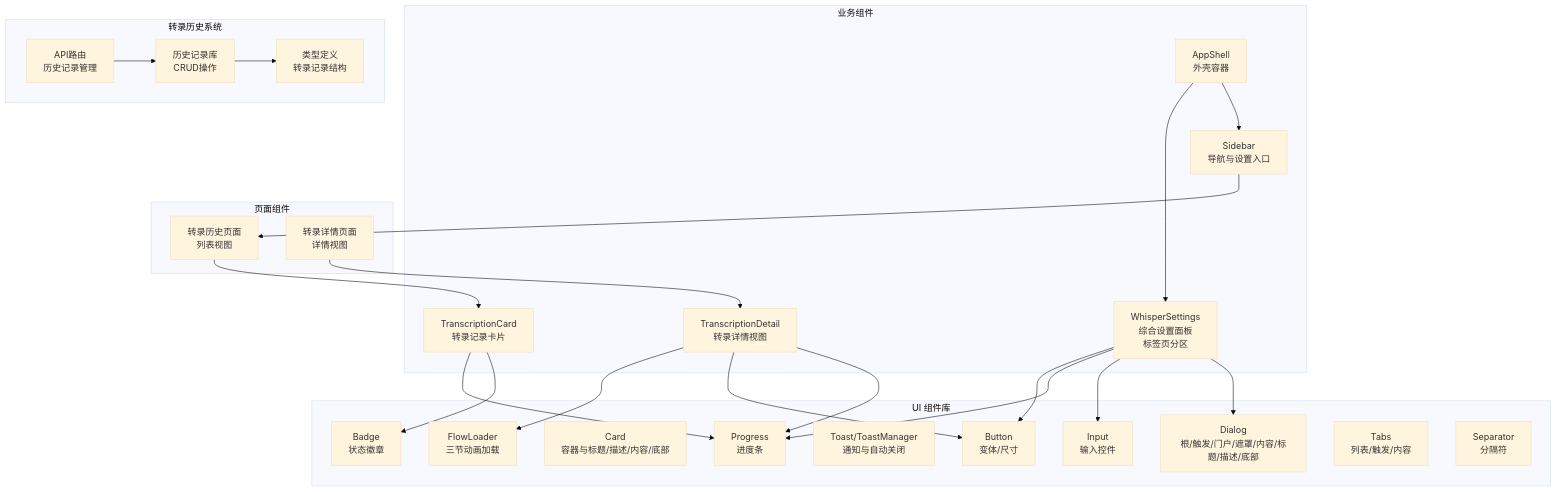
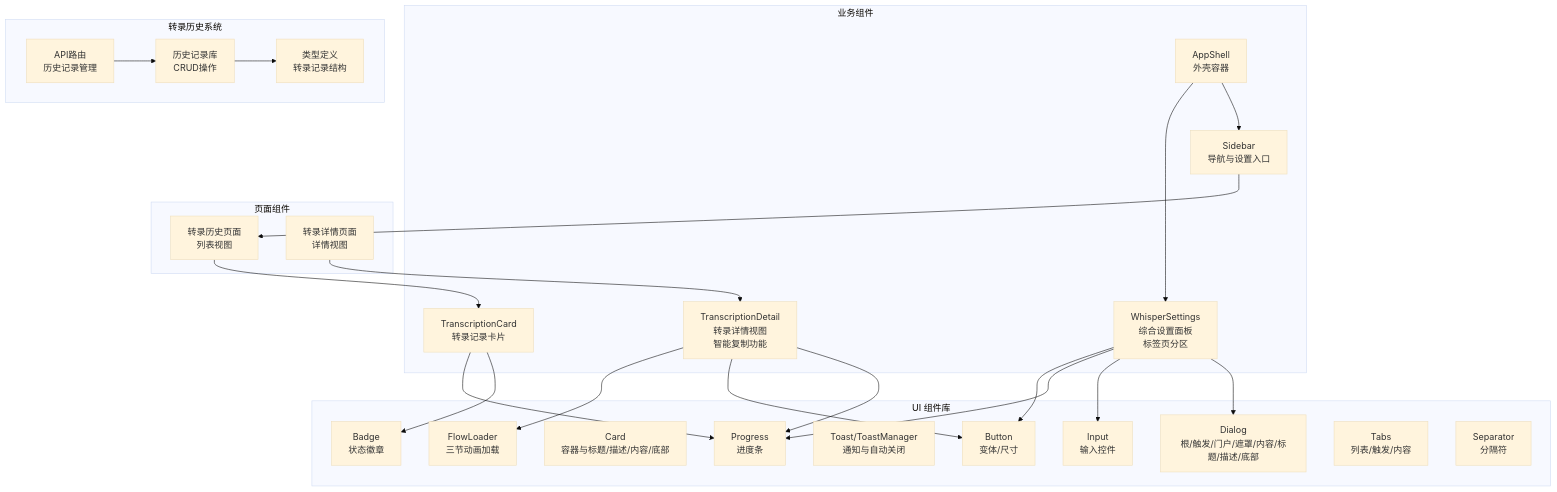
The first of 17 diagrams in .qoder/repowiki/zh/content/UI 组件系统/UI 组件系统.md (clawbotai/memo-flow), drawn with Mermaid (base theme) before and after one commit. The commit also changed other lines of this file and 5 other files, not shown here.

````diff
--- a/.qoder/repowiki/zh/content/UI 组件系统/UI 组件系统.md
+++ b/.qoder/repowiki/zh/content/UI 组件系统/UI 组件系统.md
@@ -71,47 +73,47 @@
 ```mermaid
 graph TB
 subgraph "UI 组件库"
 btn["Button<br/>变体/尺寸"]
 inp["Input<br/>输入控件"]
 card["Card<br/>容器与标题/描述/内容/底部"]
 dlg["Dialog<br/>根/触发/门户/遮罩/内容/标题/描述/底部"]
 toast["Toast/ToastManager<br/>通知与自动关闭"]
 badge["Badge<br/>状态徽章"]
 fl["FlowLoader<br/>三节动画加载"]
 prog["Progress<br/>进度条"]
 tabs["Tabs<br/>列表/触发/内容"]
 sep["Separator<br/>分隔符"]
 end
 subgraph "业务组件"
 appshell["AppShell<br/>外壳容器"]
 sidebar["Sidebar<br/>导航与设置入口"]
 whisper["WhisperSettings<br/>综合设置面板<br/>标签页分区"]
 transcard["TranscriptionCard<br/>转录记录卡片"]
-transdetail["TranscriptionDetail<br/>转录详情视图"]
+transdetail["TranscriptionDetail<br/>转录详情视图<br/>智能复制功能"]
 end
 subgraph "转录历史系统"
 historyapi["API路由<br/>历史记录管理"]
 historylib["历史记录库<br/>CRUD操作"]
 types["类型定义<br/>转录记录结构"]
 end
 subgraph "页面组件"
 transpage["转录历史页面<br/>列表视图"]
 transdetailpage["转录详情页面<br/>详情视图"]
 end
 appshell --> sidebar
 appshell --> whisper
 sidebar --> transpage
 transpage --> transcard
 transdetailpage --> transdetail
 whisper --> dlg
 whisper --> inp
 whisper --> prog
 whisper --> btn
 transcard --> badge
 transcard --> prog
 transdetail --> prog
 transdetail --> btn
 transdetail --> fl
 historyapi --> historylib
 historylib --> types
 ```
````
